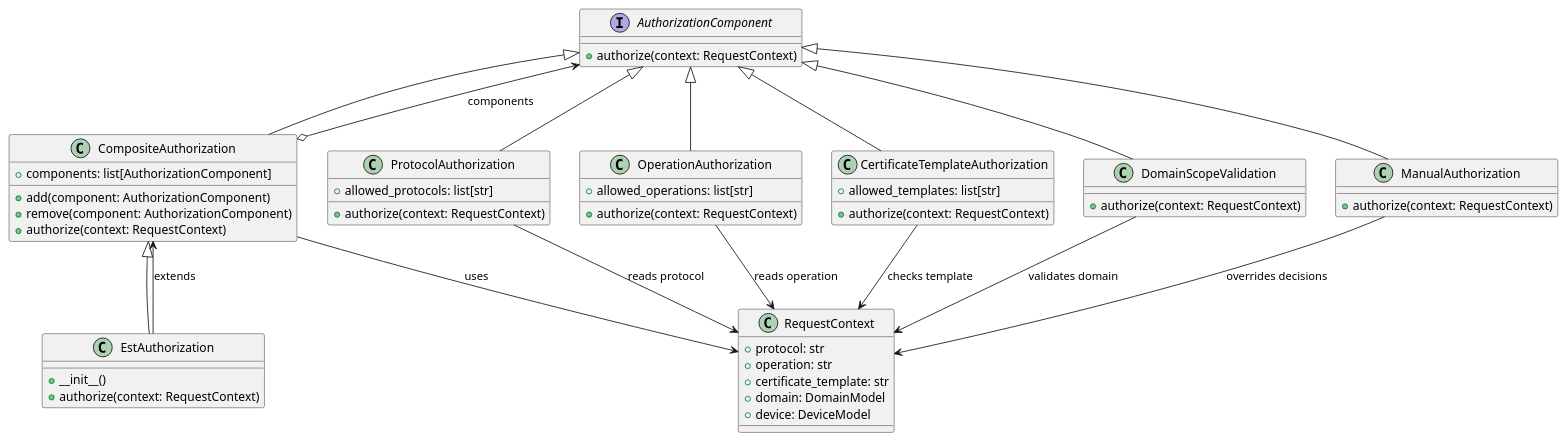
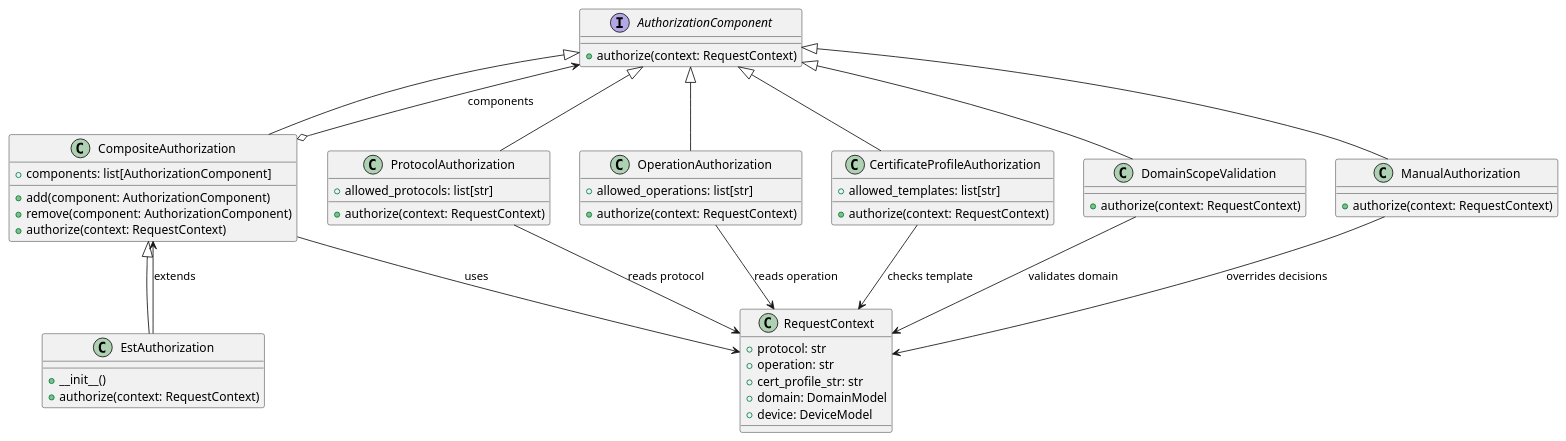
The fifth of 5 diagrams in docs/source/development/workflow.rst (Trustpoint-Project/trustpoint), drawn with PlantUML before and after one commit. The commit also changed other lines of this file and 19 other files, not shown here.

First line of the commit message:
Fix Cert Profile deletion view

```diff
--- a/docs/source/development/workflow.rst
+++ b/docs/source/development/workflow.rst
@@ -322,75 +322,75 @@
 .. plantuml::
 
     @startuml
     ' General interface for all authorization logic.
     interface AuthorizationComponent {
         + authorize(context: RequestContext)
     }
 
     ' Composite that combines multiple authorization mechanisms.
     class CompositeAuthorization {
         + components: list[AuthorizationComponent]
         + add(component: AuthorizationComponent)
         + remove(component: AuthorizationComponent)
         + authorize(context: RequestContext)
     }
 
     ' Specific composite for EST authorization rules.
     class EstAuthorization {
         + __init__()
         + authorize(context: RequestContext)
     }
 
     ' Concrete authorization rules for different aspects of a request.
     class ProtocolAuthorization {
         + allowed_protocols: list[str]
         + authorize(context: RequestContext)
     }
 
     class OperationAuthorization {
         + allowed_operations: list[str]
         + authorize(context: RequestContext)
     }
 
-    class CertificateTemplateAuthorization {
+    class CertificateProfileAuthorization {
         + allowed_templates: list[str]
         + authorize(context: RequestContext)
     }
 
     class DomainScopeValidation {
         + authorize(context: RequestContext)
     }
 
     class ManualAuthorization {
         + authorize(context: RequestContext)
     }
 
     ' Dependency: Context object used in all authorization methods.
     class RequestContext {
         + protocol: str
         + operation: str
-        + certificate_template: str
+        + cert_profile_str: str
         + domain: DomainModel
         + device: DeviceModel
     }
 
     ' Relationships between components.
     AuthorizationComponent <|-- ProtocolAuthorization
     AuthorizationComponent <|-- OperationAuthorization
-    AuthorizationComponent <|-- CertificateTemplateAuthorization
+    AuthorizationComponent <|-- CertificateProfileAuthorization
     AuthorizationComponent <|-- DomainScopeValidation
     AuthorizationComponent <|-- ManualAuthorization
     AuthorizationComponent <|-- CompositeAuthorization
     CompositeAuthorization <|-- EstAuthorization
 
     ' Aggregations and dependencies.
     CompositeAuthorization o--> AuthorizationComponent : components
     CompositeAuthorization --> RequestContext : uses
     EstAuthorization --> CompositeAuthorization : extends
     ProtocolAuthorization --> RequestContext : reads protocol
     OperationAuthorization --> RequestContext : reads operation
-    CertificateTemplateAuthorization --> RequestContext : checks template
+    CertificateProfileAuthorization --> RequestContext : checks template
     DomainScopeValidation --> RequestContext : validates domain
     ManualAuthorization --> RequestContext : overrides decisions
 
     @enduml
```
